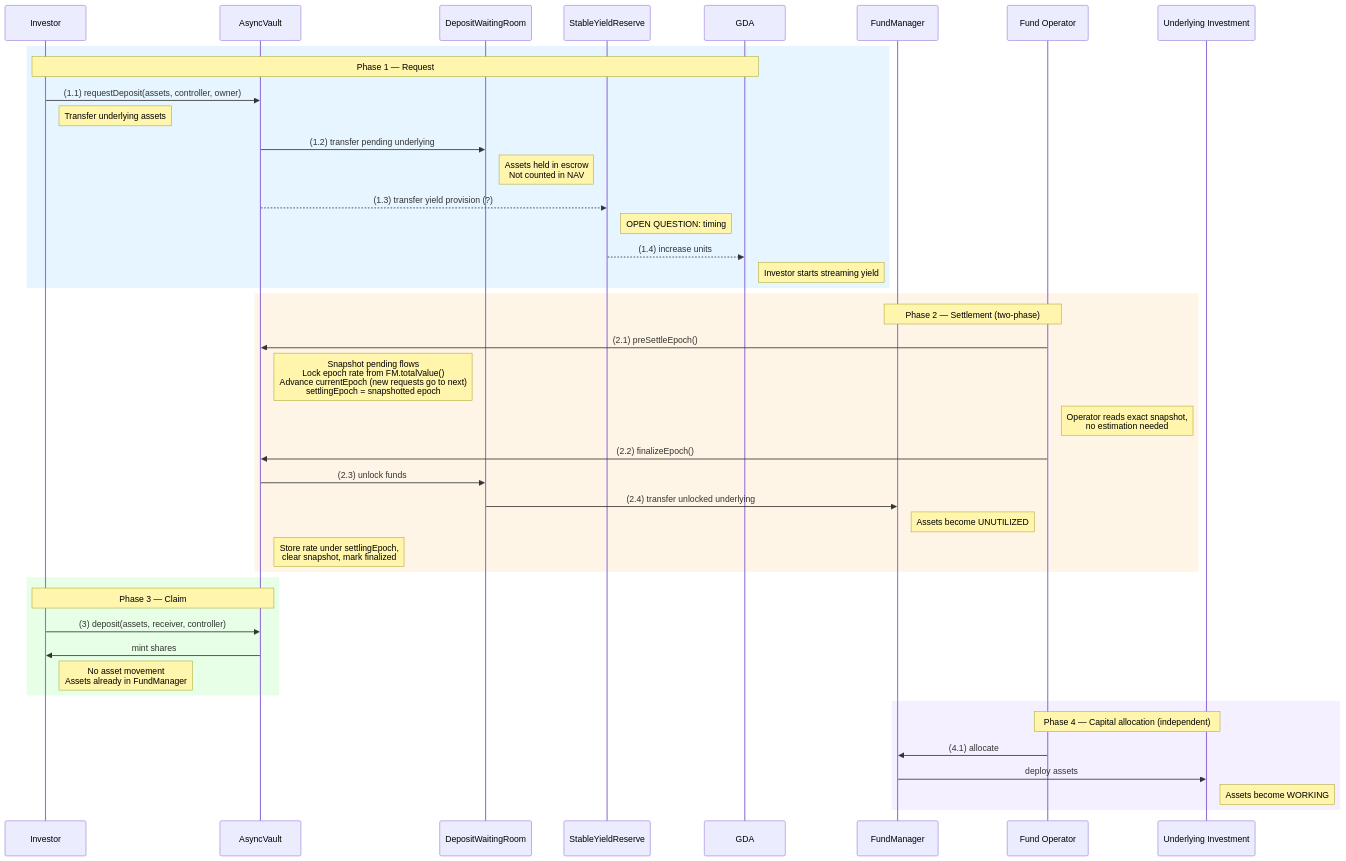
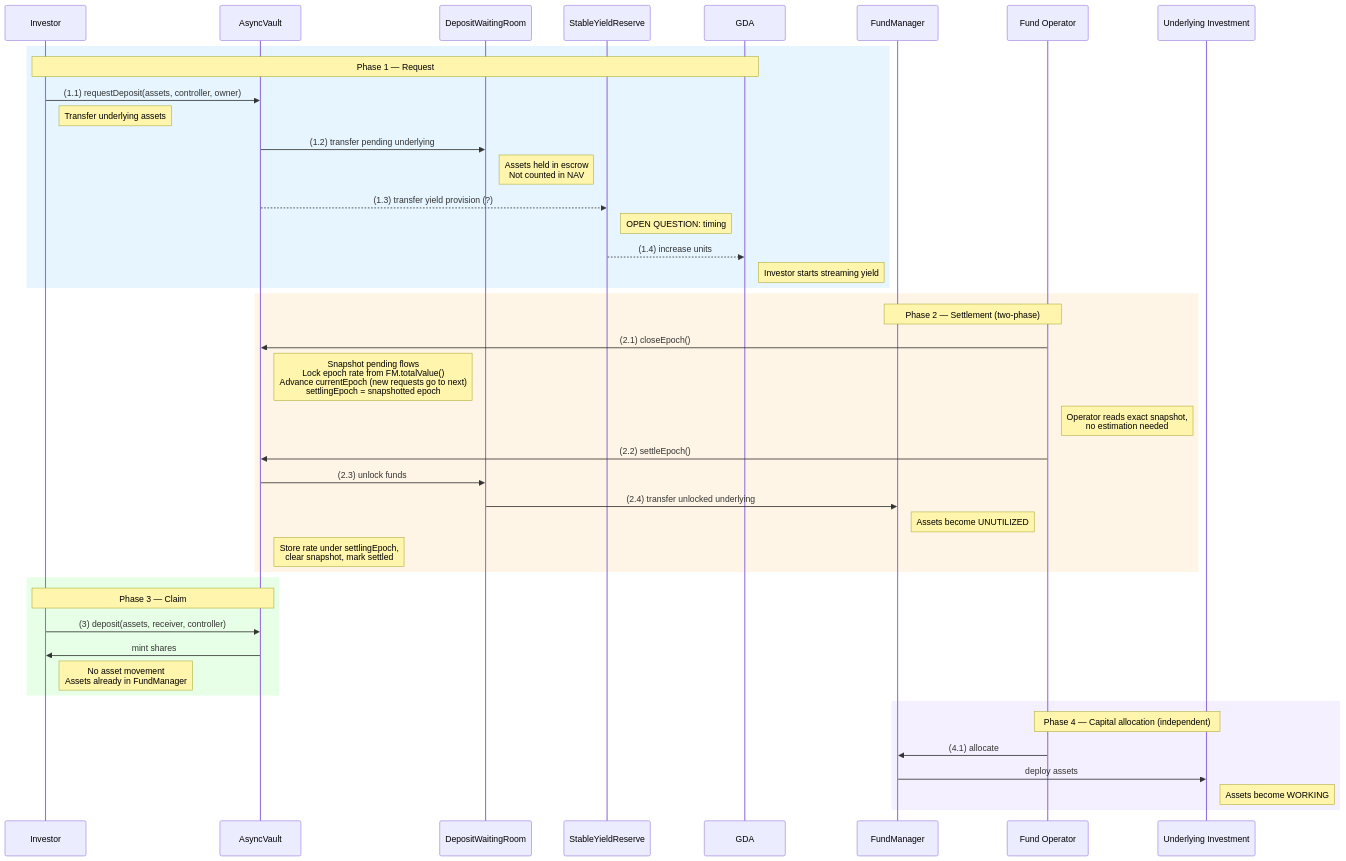
One commit to superfluid-org/stable-yield-vault changed the diagram in docs/flow/deposit-flow.md. Above: the diagram before and after it, drawn with Mermaid. The commit also changed other lines of this file and 3 other files, not shown here.

````diff
--- a/docs/flow/deposit-flow.md
+++ b/docs/flow/deposit-flow.md
@@ -25,49 +25,49 @@
 ```mermaid
 sequenceDiagram
     participant I as Investor
     participant AV as AsyncVault
     participant DWR as DepositWaitingRoom
     participant SYR as StableYieldReserve
     participant GDA as GDA
     participant FM as FundManager
     participant FO as Fund Operator
     participant INV as Underlying Investment
 
     rect rgb(230, 245, 255)
     Note over I, GDA: Phase 1 — Request
     I->>AV: (1.1) requestDeposit(assets, controller, owner)
     Note right of I: Transfer underlying assets
     AV->>DWR: (1.2) transfer pending underlying
     Note right of DWR: Assets held in escrow<br/>Not counted in NAV
     AV-->>SYR: (1.3) transfer yield provision (?)
     Note right of SYR: OPEN QUESTION: timing
     SYR-->>GDA: (1.4) increase units
     Note right of GDA: Investor starts streaming yield
     end
 
     rect rgb(255, 245, 230)
     Note over FO, FM: Phase 2 — Settlement (two-phase)
-    FO->>AV: (2.1) preSettleEpoch()
+    FO->>AV: (2.1) closeEpoch()
     Note right of AV: Snapshot pending flows<br/>Lock epoch rate from FM.totalValue()<br/>Advance currentEpoch (new requests go to next)<br/>settlingEpoch = snapshotted epoch
     Note right of FO: Operator reads exact snapshot,<br/>no estimation needed
-    FO->>AV: (2.2) finalizeEpoch()
+    FO->>AV: (2.2) settleEpoch()
     AV->>DWR: (2.3) unlock funds
     DWR->>FM: (2.4) transfer unlocked underlying
     Note right of FM: Assets become UNUTILIZED
-    Note right of AV: Store rate under settlingEpoch,<br/>clear snapshot, mark finalized
+    Note right of AV: Store rate under settlingEpoch,<br/>clear snapshot, mark settled
     end
 
     rect rgb(230, 255, 230)
     Note over I, AV: Phase 3 — Claim
     I->>AV: (3) deposit(assets, receiver, controller)
     AV->>I: mint shares
     Note right of I: No asset movement<br/>Assets already in FundManager
     end
 
     rect rgb(245, 240, 255)
     Note over FO, INV: Phase 4 — Capital allocation (independent)
     FO->>FM: (4.1) allocate
     FM->>INV: deploy assets
     Note right of INV: Assets become WORKING
     end
 ```
````
